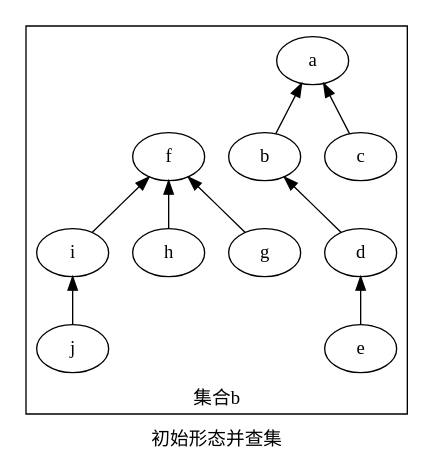
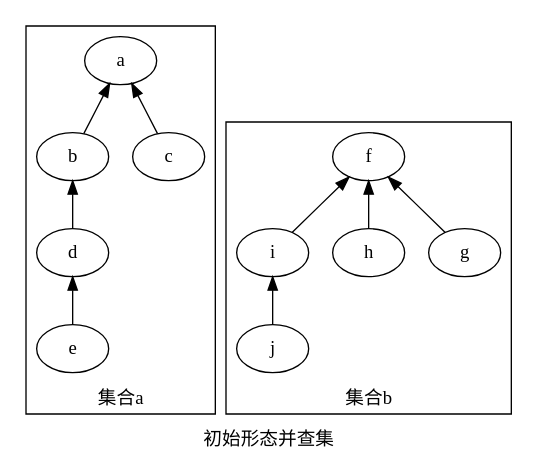
One commit to hcx2012/book changed the first of 2 diagrams in DisjointSetUnion.md. Above: the diagram before and after it, drawn with Graphviz.

````diff
--- a/DisjointSetUnion.md
+++ b/DisjointSetUnion.md
@@ -58,20 +58,20 @@
 ```dot
 digraph "初始形态并查集"{
   label = "初始形态并查集"
   rankdir="BT"
   subgraph cluster_a{
     label = "集合a"
     b -> a;
     c -> a;
     d -> b;
     e -> d;
   }
-  subgraph cluster_a{
+  subgraph cluster_b{
     label = "集合b"
     g -> f;
     h -> f;
     i -> f;
     j -> i;
   }
 }
 ```
````
